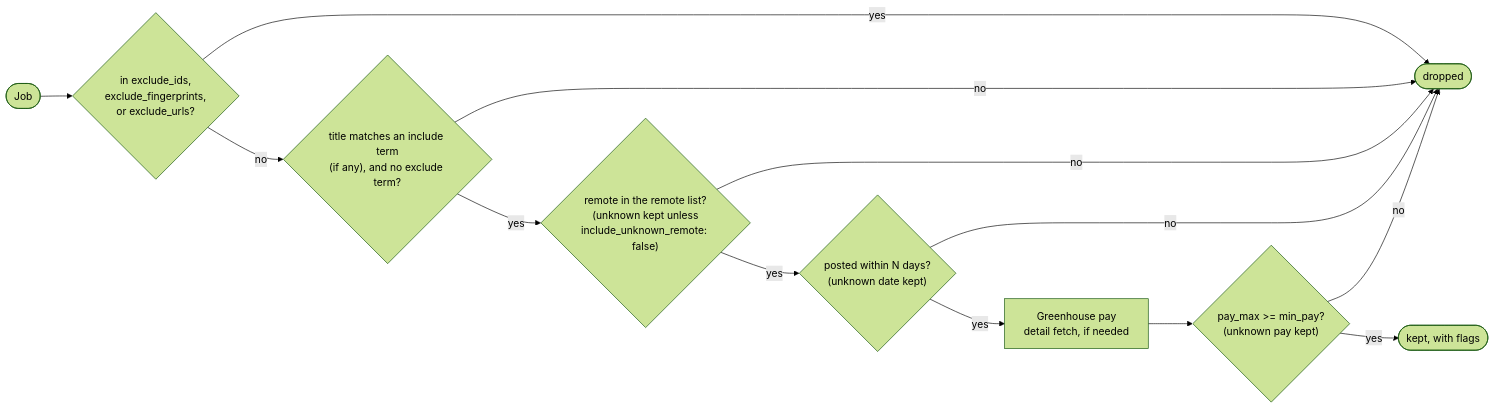
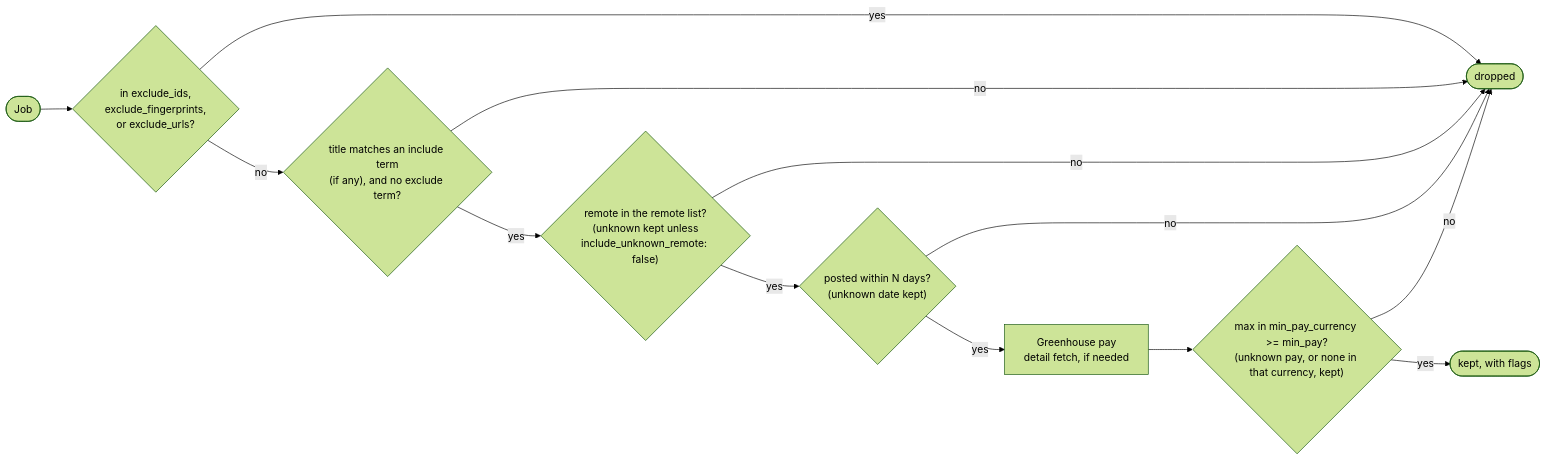
The third of 3 diagrams in docs/normalization.md (HakujouRyu/jobboard-mcp), drawn with Mermaid (forest theme) before and after one commit. The commit also changed other lines of this file and 13 other files, not shown here.

First line of the commit message:
Report pay in the currency it was posted in

````diff
--- a/docs/normalization.md
+++ b/docs/normalization.md
@@ -189,15 +197,15 @@
 ```mermaid
 flowchart LR
     job(["Job"]) --> ex{"in exclude_ids,<br/>exclude_fingerprints,<br/>or exclude_urls?"}
     ex -- yes --> drop(["dropped"])
     ex -- no --> title{"title matches an include term<br/>(if any), and no exclude term?"}
     title -- no --> drop
     title -- yes --> rem{"remote in the remote list?<br/>(unknown kept unless<br/>include_unknown_remote: false)"}
     rem -- no --> drop
     rem -- yes --> date{"posted within N days?<br/>(unknown date kept)"}
     date -- no --> drop
     date -- yes --> detail["Greenhouse pay<br/>detail fetch, if needed"]
-    detail --> pay{"pay_max >= min_pay?<br/>(unknown pay kept)"}
+    detail --> pay{"max in min_pay_currency >= min_pay?<br/>(unknown pay, or none in that currency, kept)"}
     pay -- no --> drop
     pay -- yes --> keep(["kept, with flags"])
 ```
````
